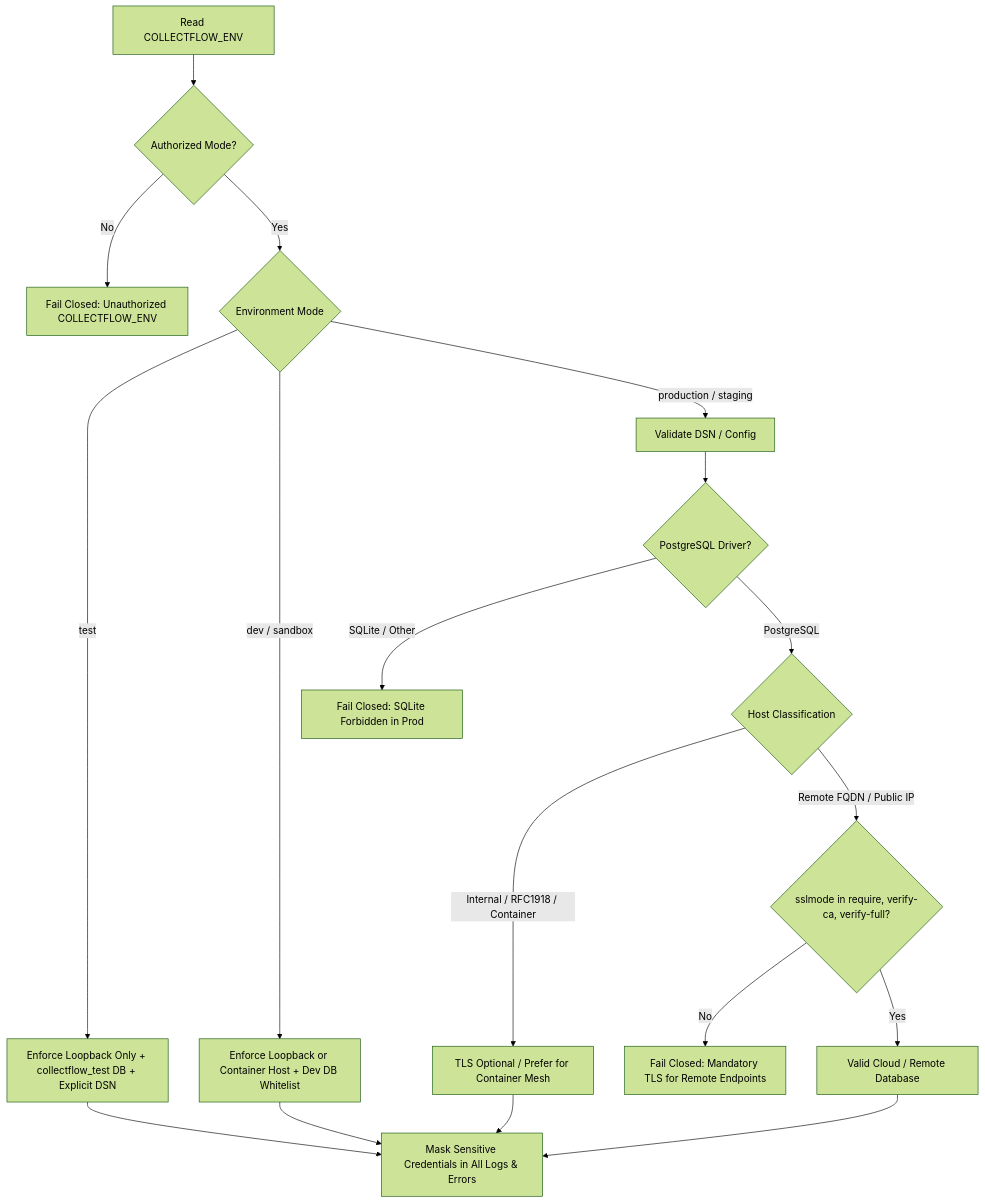
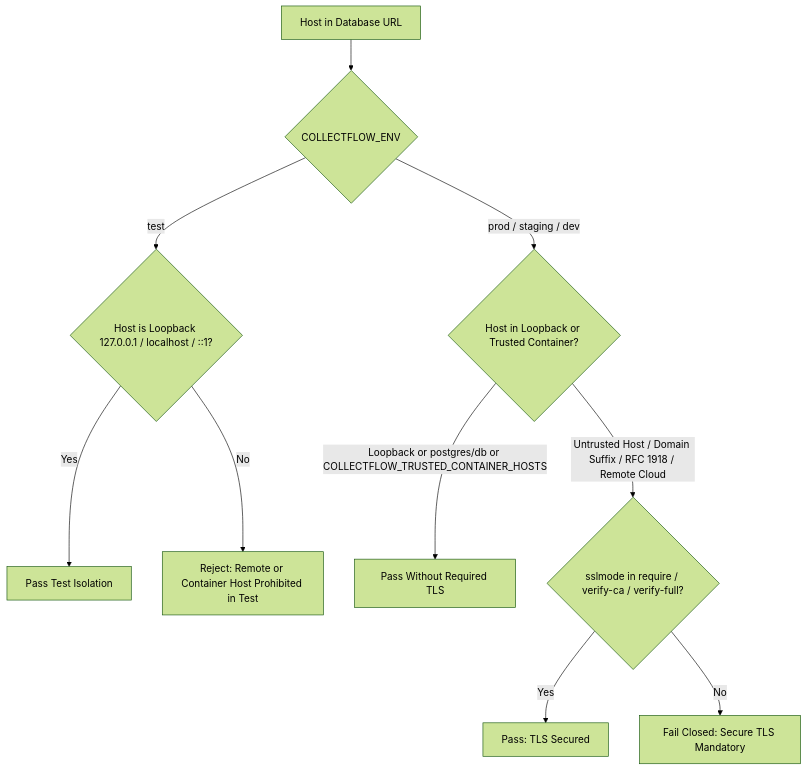
One commit to AnishB-Personal/collectflow changed the diagram in docs/reviews/COLLECTFLOW_RELEASE_WP01_IMPLEMENTATION_REPORT.md. Above: the diagram before and after it, drawn with Mermaid (forest theme). The commit also changed other lines of this file and 2 other files, not shown here.

Commit message:
fix(wp01): correct driver contract, tls trust classification, and safe credential handling

````diff
--- a/docs/reviews/COLLECTFLOW_RELEASE_WP01_IMPLEMENTATION_REPORT.md
+++ b/docs/reviews/COLLECTFLOW_RELEASE_WP01_IMPLEMENTATION_REPORT.md
@@ -111,24 +119,13 @@
 ```mermaid
 flowchart TD
-    Env[Read COLLECTFLOW_ENV] --> CheckEnv{Authorized Mode?}
-    CheckEnv -- No --> ErrEnv[Fail Closed: Unauthorized COLLECTFLOW_ENV]
-    CheckEnv -- Yes --> ModeFork{Environment Mode}
+    HostInput[Host in Database URL] --> ModeCheck{COLLECTFLOW_ENV}
+    ModeCheck -- "test" --> TestHostCheck{Host is Loopback 127.0.0.1 / localhost / ::1?}
+    TestHostCheck -- Yes --> PassTest[Pass Test Isolation]
+    TestHostCheck -- No --> FailTest[Reject: Remote or Container Host Prohibited in Test]
     
-    ModeFork -- "test" --> TestPolicy[Enforce Loopback Only + collectflow_test DB + Explicit DSN]
-    ModeFork -- "dev / sandbox" --> DevPolicy[Enforce Loopback or Container Host + Dev DB Whitelist]
-    ModeFork -- "production / staging" --> ProdPolicy[Validate DSN / Config]
-    
-    ProdPolicy --> DriverCheck{PostgreSQL Driver?}
-    DriverCheck -- SQLite / Other --> ErrDriver[Fail Closed: SQLite Forbidden in Prod]
-    DriverCheck -- PostgreSQL --> HostCheck{Host Classification}
-    
-    HostCheck -- Internal / RFC1918 / Container --> PermissiveTLS[TLS Optional / Prefer for Container Mesh]
-    HostCheck -- Remote FQDN / Public IP --> StrictTLS{sslmode in require, verify-ca, verify-full?}
-    StrictTLS -- No --> ErrTLS[Fail Closed: Mandatory TLS for Remote Endpoints]
-    StrictTLS -- Yes --> PassProd[Valid Cloud / Remote Database]
-    
-    TestPolicy --> Sanitize[Mask Sensitive Credentials in All Logs & Errors]
-    DevPolicy --> Sanitize
-    PermissiveTLS --> Sanitize
-    PassProd --> Sanitize
+    ModeCheck -- "prod / staging / dev" --> TrustCheck{Host in Loopback or Trusted Container?}
+    TrustCheck -- "Loopback or postgres/db or COLLECTFLOW_TRUSTED_CONTAINER_HOSTS" --> PassLocal[Pass Without Required TLS]
+    TrustCheck -- "Untrusted Host / Domain Suffix / RFC 1918 / Remote Cloud" --> TLSCheck{sslmode in require / verify-ca / verify-full?}
+    TLSCheck -- Yes --> PassRemoteTLS[Pass: TLS Secured]
+    TLSCheck -- No --> FailTLS[Fail Closed: Secure TLS Mandatory]
 ```
````
